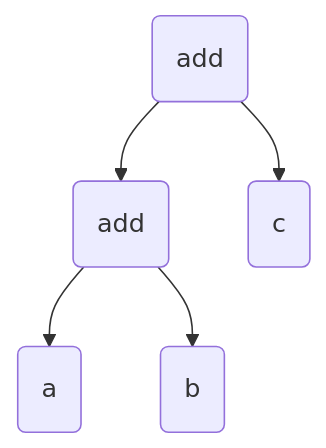
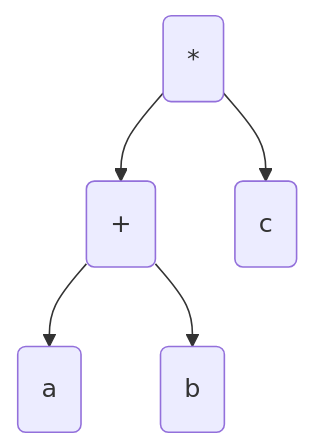
Before and after one commit to pengvyn/kavpix-code: diagram 11 of 49 in src/essays/number-tree/essay.md, drawn with Mermaid. The commit also changed other lines of this file and 1 other file, not shown here.

````diff
--- a/src/essays/number-tree/essay.md
+++ b/src/essays/number-tree/essay.md
@@ -71,7 +226,7 @@
 ```mermaid
     graph TD;
-        add(add) --> add2(add);
-        add --> c(c);
-        add2 --> a(a);
-        add2 --> b(b);
+        mul(*) --> add(+);
+        mul --> c(c);
+        add --> a(a);
+        add --> b(b);
 ```
````
